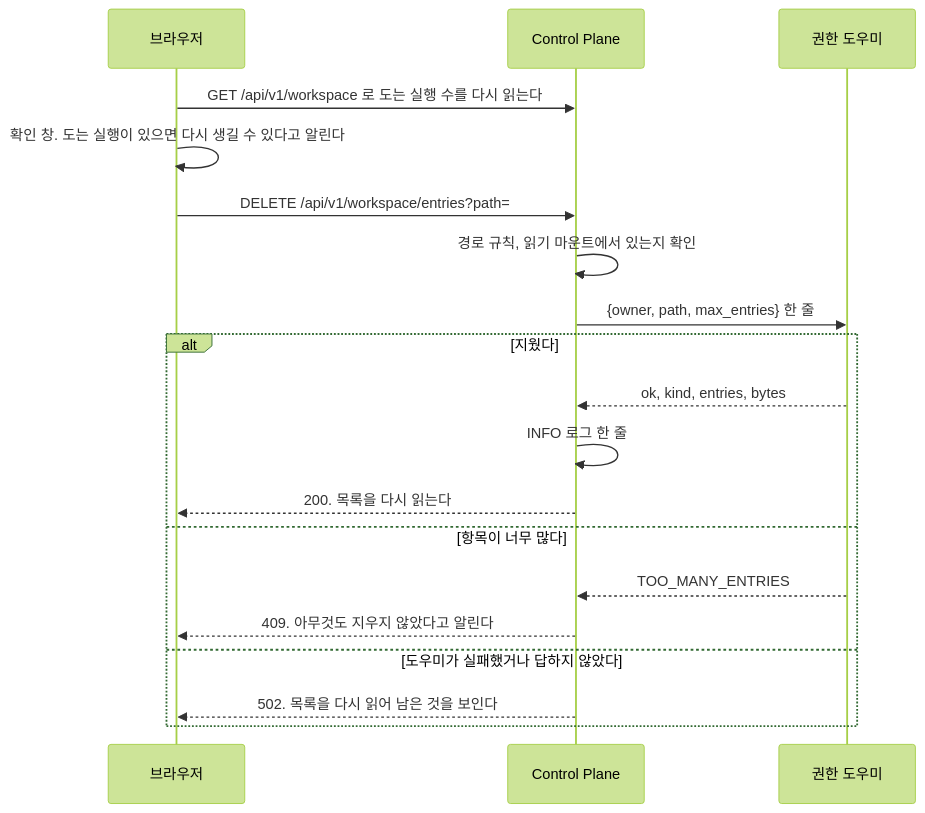
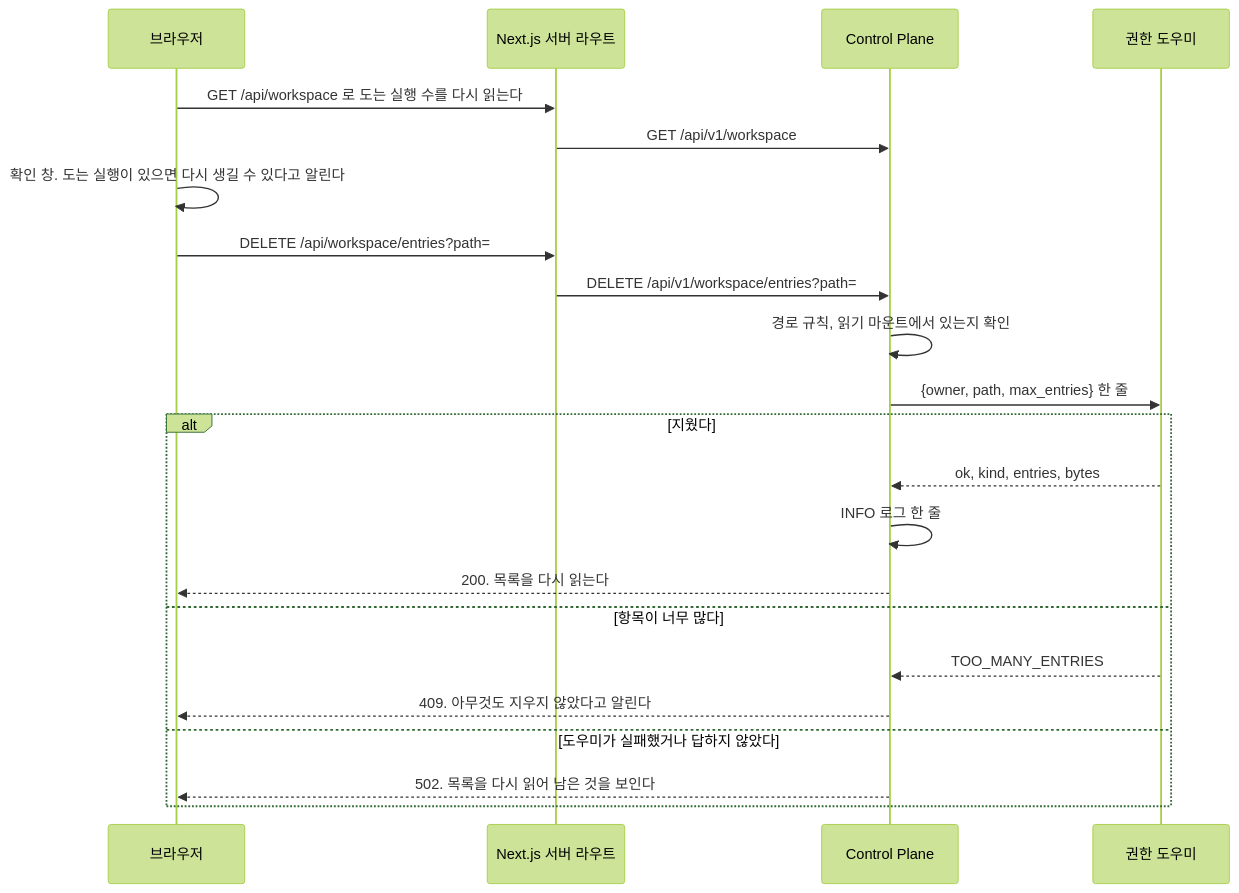
One commit to jon890/fos-assistant changed diagram 11 of 11 in docs/flow.md. Above: the diagram before and after it, drawn with Mermaid (forest theme). The commit also changed 6 other files, not shown here.

````diff
--- a/docs/flow.md
+++ b/docs/flow.md
@@ -489,22 +489,25 @@
 ```mermaid
 sequenceDiagram
     participant B as 브라우저
+    participant W as Next.js 서버 라우트
     participant C as Control Plane
     participant H as 권한 도우미
 
-    B->>C: GET /api/v1/workspace 로 도는 실행 수를 다시 읽는다
+    B->>W: GET /api/workspace 로 도는 실행 수를 다시 읽는다
+    W->>C: GET /api/v1/workspace
     B->>B: 확인 창. 도는 실행이 있으면 다시 생길 수 있다고 알린다
-    B->>C: DELETE /api/v1/workspace/entries?path=
+    B->>W: DELETE /api/workspace/entries?path=
+    W->>C: DELETE /api/v1/workspace/entries?path=
     C->>C: 경로 규칙, 읽기 마운트에서 있는지 확인
     C->>H: {owner, path, max_entries} 한 줄
     alt 지웠다
         H-->>C: ok, kind, entries, bytes
         C->>C: INFO 로그 한 줄
         C-->>B: 200. 목록을 다시 읽는다
     else 항목이 너무 많다
         H-->>C: TOO_MANY_ENTRIES
         C-->>B: 409. 아무것도 지우지 않았다고 알린다
     else 도우미가 실패했거나 답하지 않았다
         C-->>B: 502. 목록을 다시 읽어 남은 것을 보인다
     end
 ```
````
